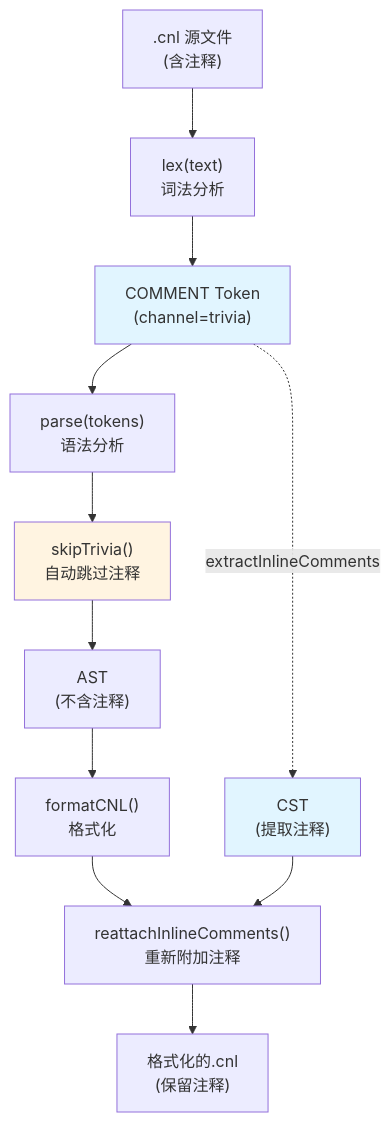
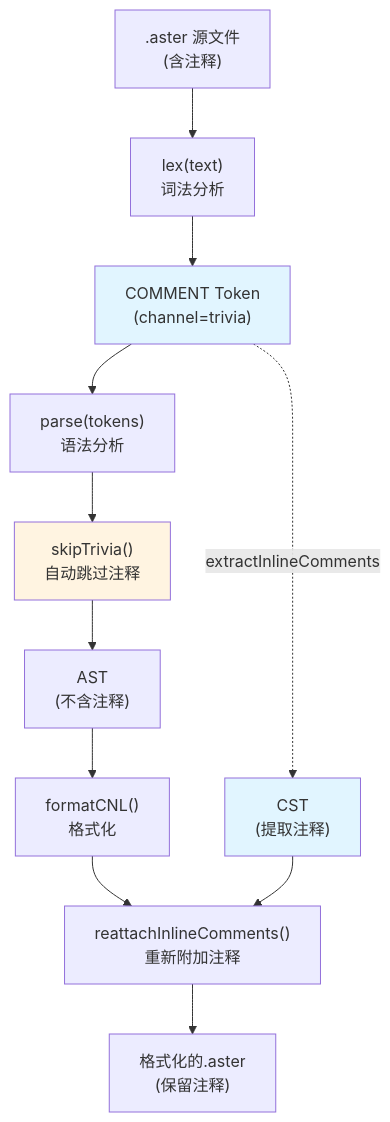
The fourth of 11 diagrams in docs/architecture.md (aster-cloud/aster-lang), drawn with Mermaid before and after one commit. The commit also changed other lines of this file and 284 other files, not shown here.

First line of the commit message:
重构: 将文件扩展名从 .cnl 迁移至 .aster

````diff
--- a/docs/architecture.md
+++ b/docs/architecture.md
@@ -125,29 +125,29 @@
 ```mermaid
 flowchart TD
-    Source[".cnl 源文件<br/>(含注释)"]
+    Source[".aster 源文件<br/>(含注释)"]
     Lex["lex(text)<br/>词法分析"]
     CommentToken["COMMENT Token<br/>(channel=trivia)"]
     Parser["parse(tokens)<br/>语法分析"]
     SkipTrivia["skipTrivia()<br/>自动跳过注释"]
     AST["AST<br/>(不含注释)"]
     CST["CST<br/>(提取注释)"]
     Format["formatCNL()<br/>格式化"]
     Reattach["reattachInlineComments()<br/>重新附加注释"]
-    Output["格式化的.cnl<br/>(保留注释)"]
+    Output["格式化的.aster<br/>(保留注释)"]
 
     Source --> Lex
     Lex --> CommentToken
     CommentToken --> Parser
     Parser --> SkipTrivia
     SkipTrivia --> AST
 
     CommentToken -.->|extractInlineComments| CST
     AST --> Format
     Format --> Reattach
     CST --> Reattach
     Reattach --> Output
 
     style CommentToken fill:#e1f5ff
     style SkipTrivia fill:#fff4e1
     style CST fill:#e1f5ff
 ```
````
